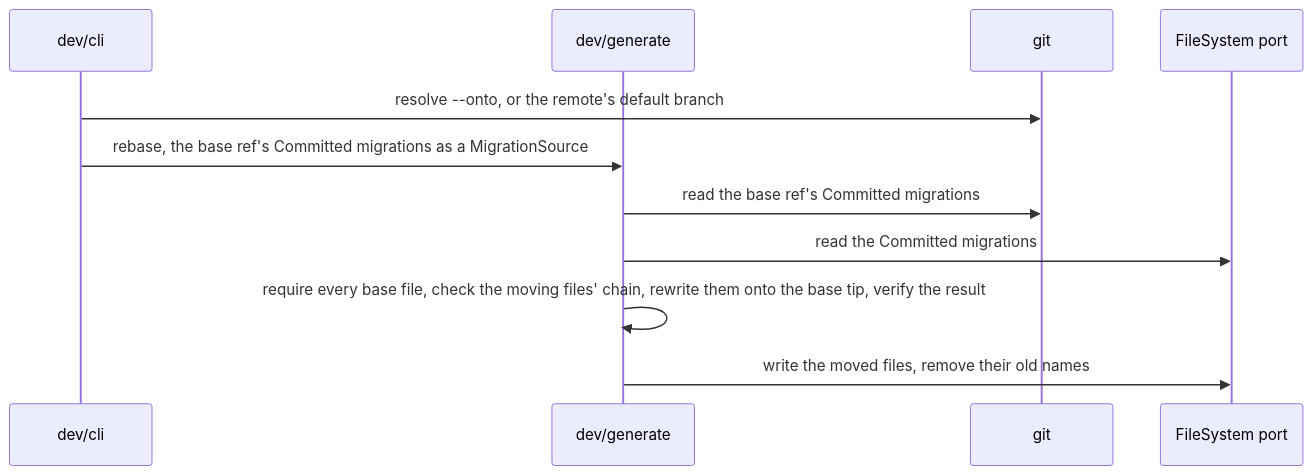
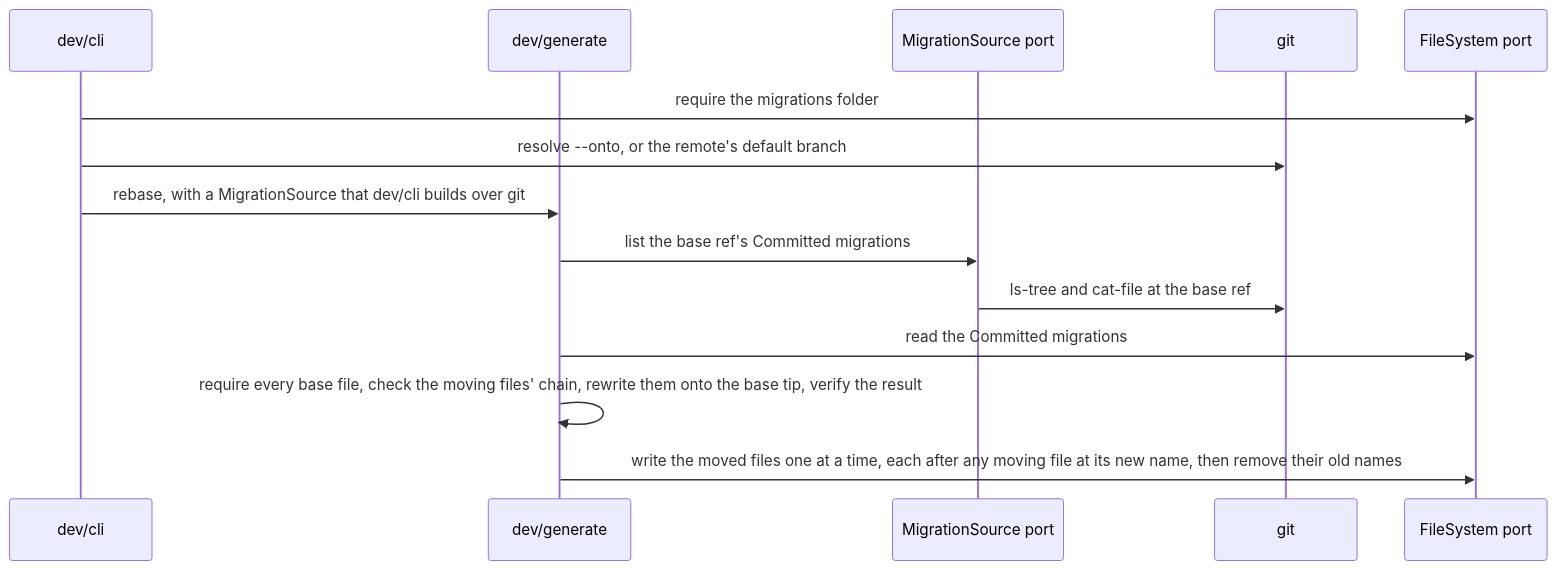
One commit to smonn/db changed the ninth of 9 diagrams in docs/architecture.md. Above: the diagram before and after it, drawn with Mermaid. The commit also changed other lines of this file and 4 other files, not shown here.

First line of the commit message:
fix(cli): name a missing folder and keep git's own errors in rebase

````diff
--- a/docs/architecture.md
+++ b/docs/architecture.md
@@ -216,14 +216,17 @@
 ```mermaid
 sequenceDiagram
   participant CLI as dev/cli
   participant Gen as dev/generate
+  participant Src as MigrationSource port
   participant Git as git
   participant FS as FileSystem port
 
+  CLI->>FS: require the migrations folder
   CLI->>Git: resolve --onto, or the remote's default branch
-  CLI->>Gen: rebase, the base ref's Committed migrations as a MigrationSource
-  Gen->>Git: read the base ref's Committed migrations
+  CLI->>Gen: rebase, with a MigrationSource that dev/cli builds over git
+  Gen->>Src: list the base ref's Committed migrations
+  Src->>Git: ls-tree and cat-file at the base ref
   Gen->>FS: read the Committed migrations
   Gen->>Gen: require every base file, check the moving files' chain, rewrite them onto the base tip, verify the result
-  Gen->>FS: write the moved files, remove their old names
+  Gen->>FS: write the moved files one at a time, each after any moving file at its new name, then remove their old names
 ```
````
